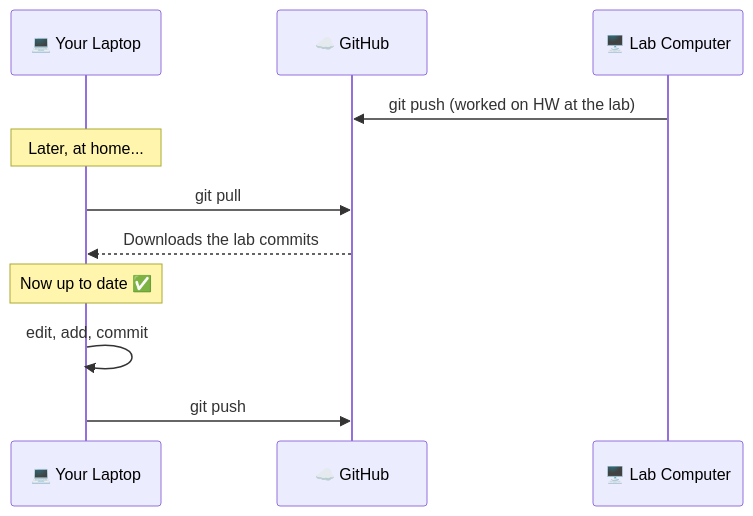
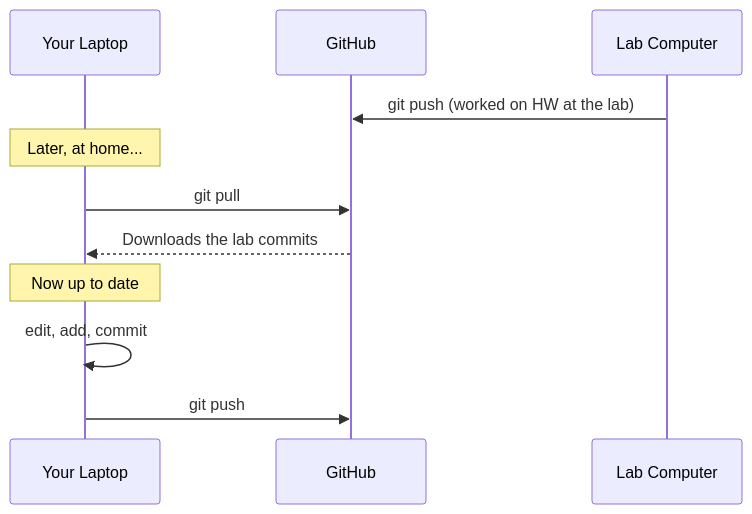
One commit to anasp07-hue/Github-Guide changed the second of 2 diagrams in info-vault/03-clone-commit-pull-push.md. Above: the diagram before and after it, drawn with Mermaid. The commit also changed other lines of this file and 7 other files, not shown here.

````diff
--- a/info-vault/03-clone-commit-pull-push.md
+++ b/info-vault/03-clone-commit-pull-push.md
@@ -224,14 +224,14 @@
 ```mermaid
 sequenceDiagram
-    participant You as 💻 Your Laptop
-    participant GH as ☁️ GitHub
-    participant Lab as 🖥️ Lab Computer
+    participant You as Your Laptop
+    participant GH as GitHub
+    participant Lab as Lab Computer
 
     Lab->>GH: git push (worked on HW at the lab)
     Note over You: Later, at home...
     You->>GH: git pull
     GH-->>You: Downloads the lab commits
-    Note over You: Now up to date ✅
+    Note over You: Now up to date 
     You->>You: edit, add, commit
     You->>GH: git push
 ```
````
